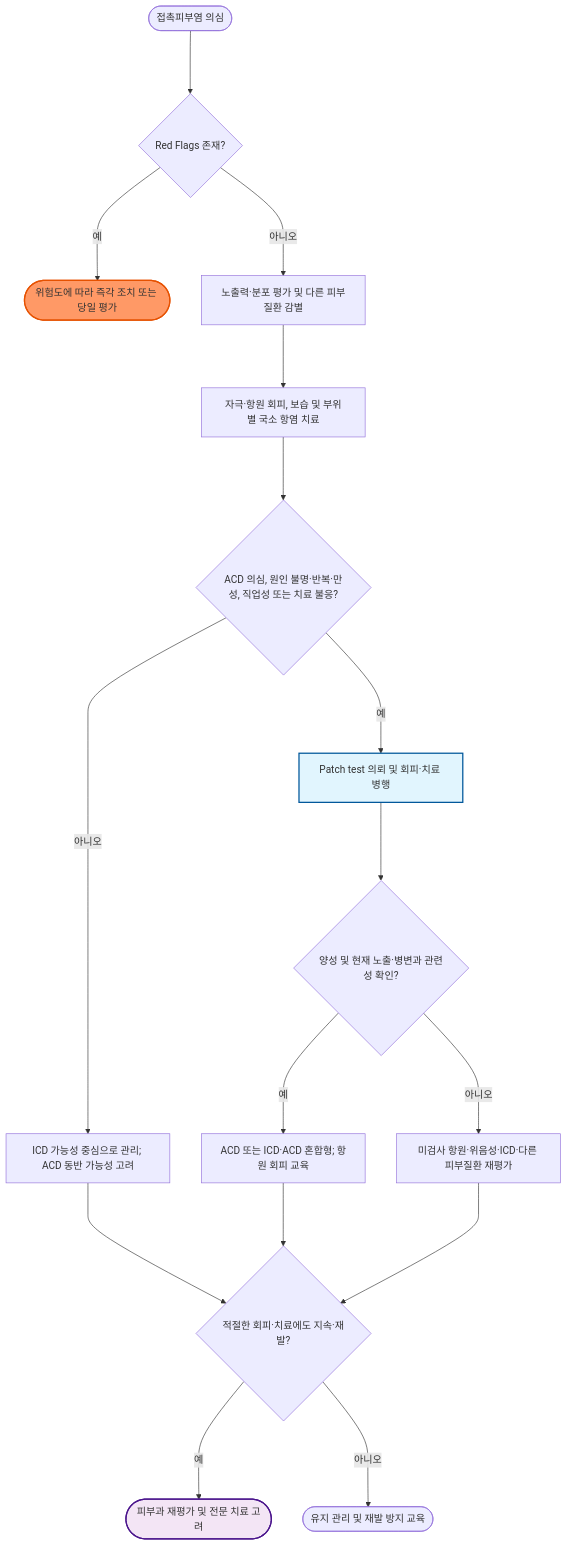
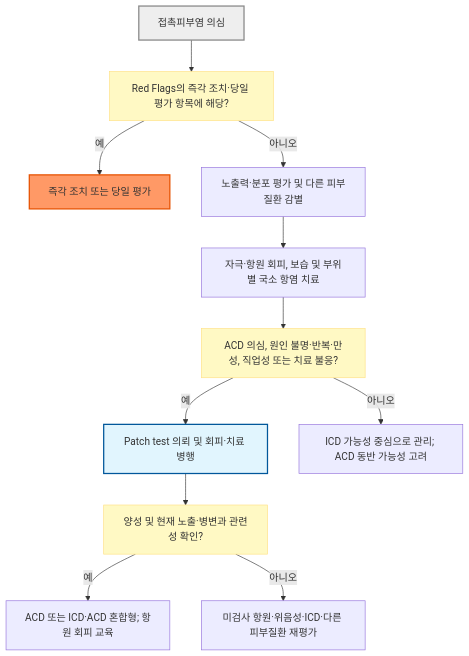
Before and after one commit to familyoh77/familyoh77: the diagram in 229_/161_-contact-dermatitis.md, drawn with Mermaid. The commit also changed other lines of this file and 16 other files, not shown here.

````diff
--- a/229_/161_-contact-dermatitis.md
+++ b/229_/161_-contact-dermatitis.md
@@ -155,22 +155,19 @@
 ```mermaid
-graph TD
-    A(["접촉피부염 의심"]) ---> B{"Red Flags 존재?"}
-    B --->|예| C(["위험도에 따라 즉각 조치 또는 당일 평가"])
-    B --->|아니오| D["노출력·분포 평가 및 다른 피부질환 감별"]
-    D ---> E["자극·항원 회피, 보습 및 부위별 국소 항염 치료"]
-    E ---> F{"ACD 의심, 원인 불명·반복·만성, 직업성 또는 치료 불응?"}
-    F --->|예| G["Patch test 의뢰 및 회피·치료 병행"]
-    F --->|아니오| H["ICD 가능성 중심으로 관리; ACD 동반 가능성 고려"]
-    G ---> I{"양성 및 현재 노출·병변과 관련성 확인?"}
-    I --->|예| J["ACD 또는 ICD·ACD 혼합형; 항원 회피 교육"]
-    I --->|아니오| K["미검사 항원·위음성·ICD·다른 피부질환 재평가"]
-    H ---> L{"적절한 회피·치료에도 지속·재발?"}
-    J ---> L
-    K ---> L
-    L --->|예| M(["피부과 재평가 및 전문 치료 고려"])
-    L --->|아니오| N(["유지 관리 및 재발 방지 교육"])
+flowchart TD
+    A["접촉피부염 의심"] --> B["Red Flags의 즉각 조치·당일 평가 항목에 해당?"]
+    B -- "예" --> C["즉각 조치 또는 당일 평가"]
+    B -- "아니오" --> D["노출력·분포 평가 및 다른 피부질환 감별"]
+    D --> E["자극·항원 회피, 보습 및 부위별 국소 항염 치료"]
+    E --> F["ACD 의심, 원인 불명·반복·만성, 직업성 또는 치료 불응?"]
+    F -- "예" --> G["Patch test 의뢰 및 회피·치료 병행"]
+    F -- "아니오" --> H["ICD 가능성 중심으로 관리; ACD 동반 가능성 고려"]
+    G --> I["양성 및 현재 노출·병변과 관련성 확인?"]
+    I -- "예" --> J["ACD 또는 ICD·ACD 혼합형; 항원 회피 교육"]
+    I -- "아니오" --> K["미검사 항원·위음성·ICD·다른 피부질환 재평가"]
 
+    classDef question fill:#fff9c4,stroke:#ffe082
+    class B,F,I question
+    style A fill:#eeeeee,stroke:#888888,stroke-width:2px
     style C fill:#f96,stroke:#e65100,stroke-width:2px
     style G fill:#e1f5fe,stroke:#01579b,stroke-width:2px
-    style M fill:#f3e5f5,stroke:#4a148c,stroke-width:2px
 ```
````
